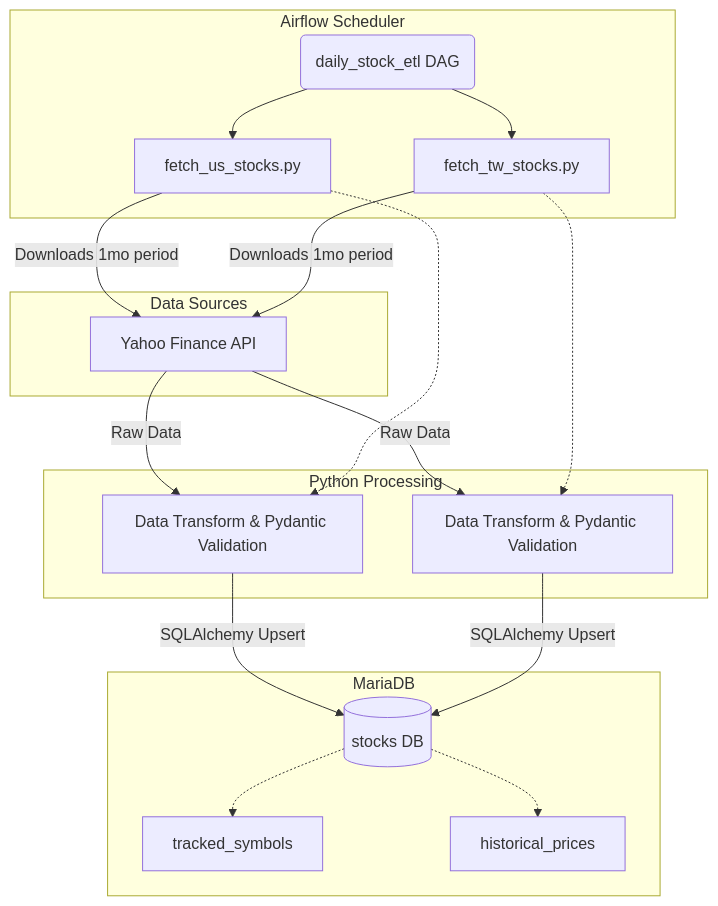
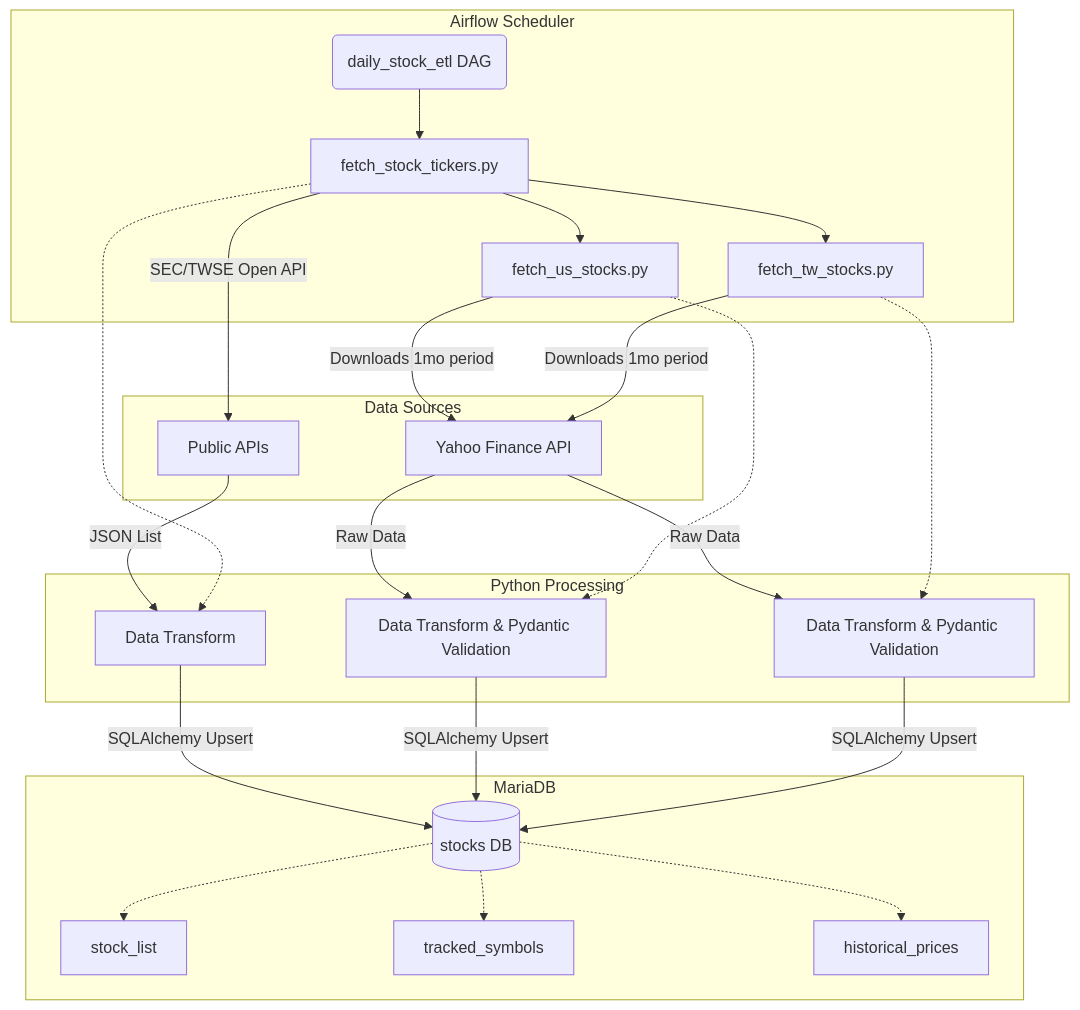
Before and after one commit to lflower1206/stocks-worker: the diagram in docs/ETL_SPEC.md, drawn with Mermaid. The commit also changed 6 other files, not shown here.

Commit message:
feat: Add `stock_list` table and ETL process to fetch and store US and TW stock tickers from external APIs.

````diff
--- a/docs/ETL_SPEC.md
+++ b/docs/ETL_SPEC.md
@@ -19,28 +19,34 @@
 ```mermaid
 graph TD
     subgraph Airflow Scheduler
         A(daily_stock_etl DAG)
-        A --> B[fetch_us_stocks.py]
-        A --> C[fetch_tw_stocks.py]
+        A --> Tickers[fetch_stock_tickers.py]
+        Tickers --> B[fetch_us_stocks.py]
+        Tickers --> C[fetch_tw_stocks.py]
     end
 
     subgraph Data Sources
+        Tickers -- "SEC/TWSE Open API" --> API[Public APIs]
         B -- "Downloads 1mo period" --> YF[Yahoo Finance API]
         C -- "Downloads 1mo period" --> YF
     end
 
     subgraph Python Processing
+        API -- "JSON List" --> T_Proc[Data Transform]
         YF -- "Raw Data" --> B_Proc[Data Transform & Pydantic Validation]
         YF -- "Raw Data" --> C_Proc[Data Transform & Pydantic Validation]
 
+        Tickers -.-> T_Proc
         B -.-> B_Proc
         C -.-> C_Proc
     end
 
     subgraph MariaDB
-        B_Proc -- "SQLAlchemy Upsert" --> DB[(stocks DB)]
+        T_Proc -- "SQLAlchemy Upsert" --> DB[(stocks DB)]
+        B_Proc -- "SQLAlchemy Upsert" --> DB
         C_Proc -- "SQLAlchemy Upsert" --> DB
+        DB -.-> S[stock_list]
         DB -.-> T[tracked_symbols]
         DB -.-> H[historical_prices]
     end
 ```
````
